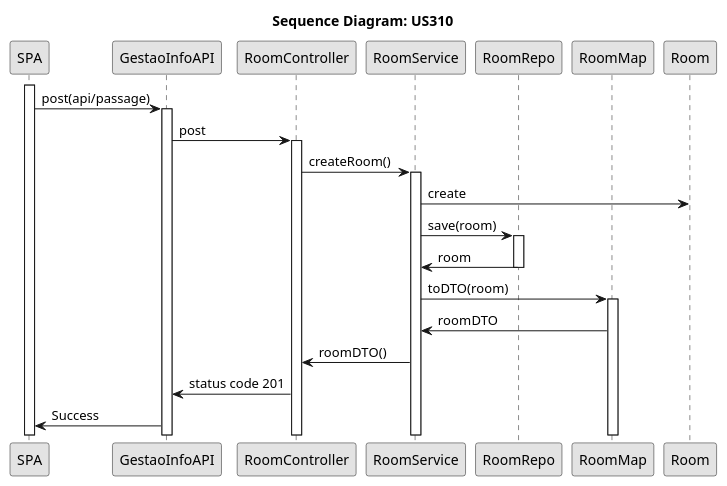
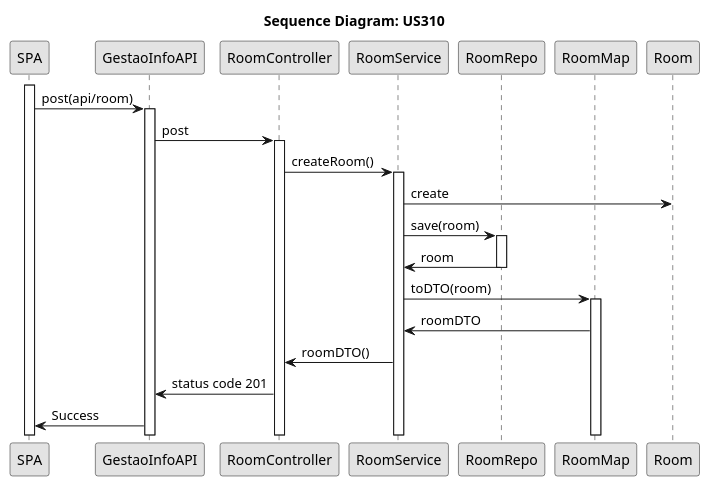
Before and after one commit to 1211134PedroViana/SEM_PI_23-24_G14: the diagram in documentation/sprintA/us310/Level 3/US310.puml, drawn with PlantUML. The commit also changed 5 other files, not shown here.

```diff
--- a/documentation/sprintA/us310/Level 3/US310.puml
+++ b/documentation/sprintA/us310/Level 3/US310.puml
@@ -1,45 +1,45 @@
 @startuml
 
 skinparam Monochrome true
 skinparam PackageStyle rectangle
 skinparam Shadowing false
 
 title Sequence Diagram: US310
 
 participant "SPA" as SPA
 participant "GestaoInfoAPI" as API
 participant "RoomController" as Controller
 participant "RoomService" as Service
 participant "RoomRepo" as Repo
 participant "RoomMap" as Map
 participant "Room" as Room
 
 
 
 
 activate SPA
-SPA -> API: post(api/passage)
+SPA -> API: post(api/room)
 activate API
 API -> Controller: post
 activate Controller
 Controller -> Service: createRoom()
 activate Service
 Service -> Room: create
 
 Service -> Repo: save(room)
 activate Repo
 Repo -> Service: room
 deactivate Repo
 
 
 Service -> Map: toDTO(room)
 activate Map
 Map -> Service: roomDTO
 
 
 Service -> Controller: roomDTO()
 Controller -> API: status code 201
 API -> SPA: Success
 
 
 @enduml
```
